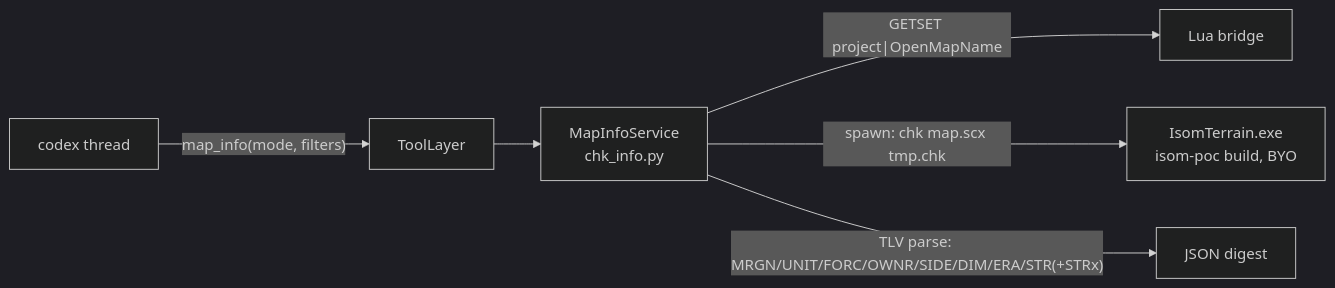
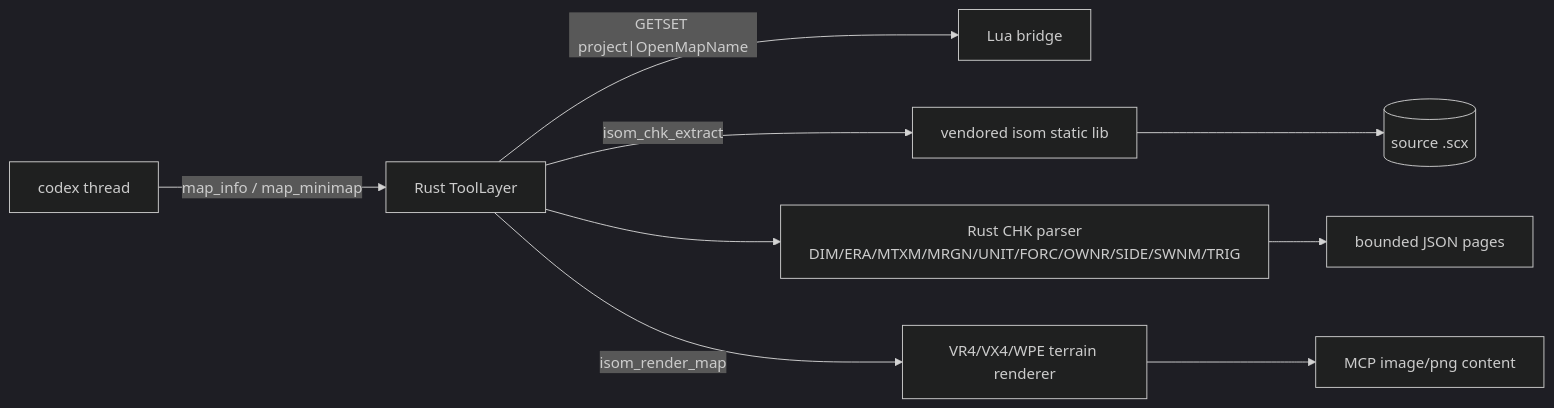
Before and after one commit to raravel/eud-agent: the diagram in hivemind/docs/features/08_map-info-tool.md, drawn with Mermaid (dark theme). The commit also changed other lines of this file and 21 other files, not shown here.

Commit message:
feat: expand SCX map inspection tools

````diff
--- a/hivemind/docs/features/08_map-info-tool.md
+++ b/hivemind/docs/features/08_map-info-tool.md
@@ -12,8 +12,11 @@
 ```mermaid
 graph LR
-    Codex[codex thread] -- "map_info(mode, filters)" --> Tools[ToolLayer]
-    Tools --> Svc[MapInfoService<br/>chk_info.py]
-    Svc -- "GETSET project|OpenMapName" --> Bridge[Lua bridge]
-    Svc -- "spawn: chk map.scx tmp.chk" --> Isom[IsomTerrain.exe<br/>isom-poc build, BYO]
-    Svc -- "TLV parse: MRGN/UNIT/FORC/OWNR/SIDE/DIM/ERA/STR(+STRx)" --> Reply[JSON digest]
+    Codex[codex thread] -- "map_info / map_minimap" --> Tools[Rust ToolLayer]
+    Tools -- "GETSET project|OpenMapName" --> Bridge[Lua bridge]
+    Tools -- "isom_chk_extract" --> FFI[vendored isom static lib]
+    FFI --> Map[(source .scx)]
+    Tools --> Parse[Rust CHK parser<br/>DIM/ERA/MTXM/MRGN/UNIT/FORC/OWNR/SIDE/SWNM/TRIG]
+    Tools -- "isom_render_map" --> Render[VR4/VX4/WPE terrain renderer]
+    Parse --> Reply[bounded JSON pages]
+    Render --> PNG[MCP image/png content]
 ```
````
